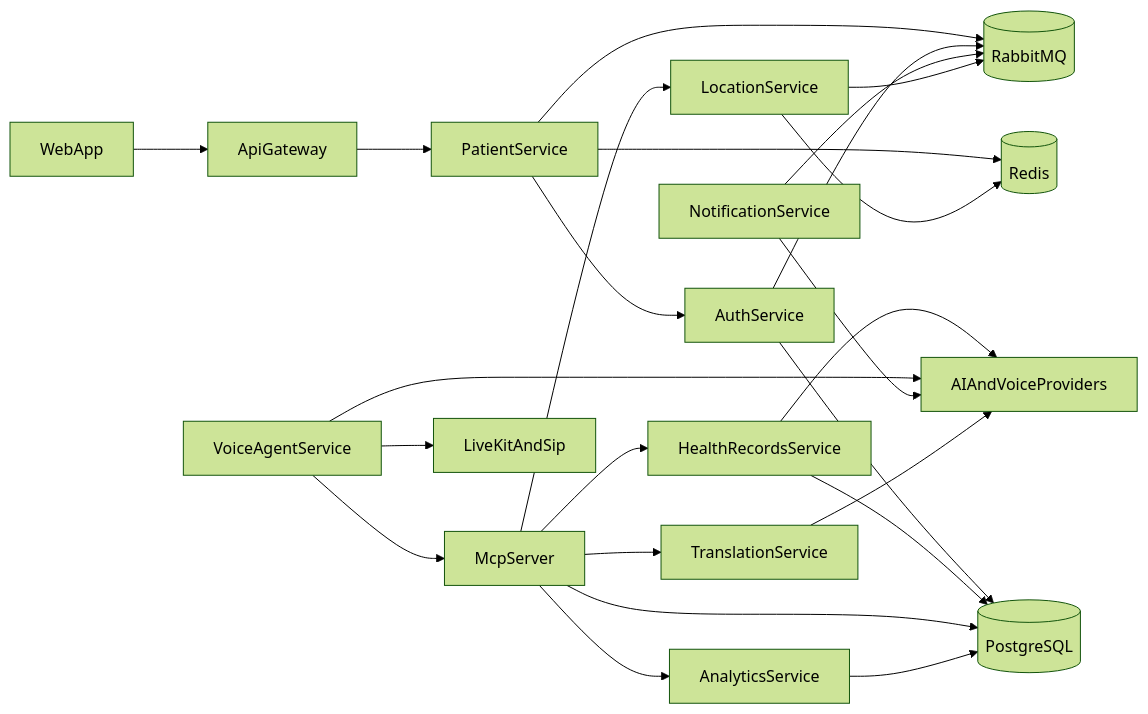
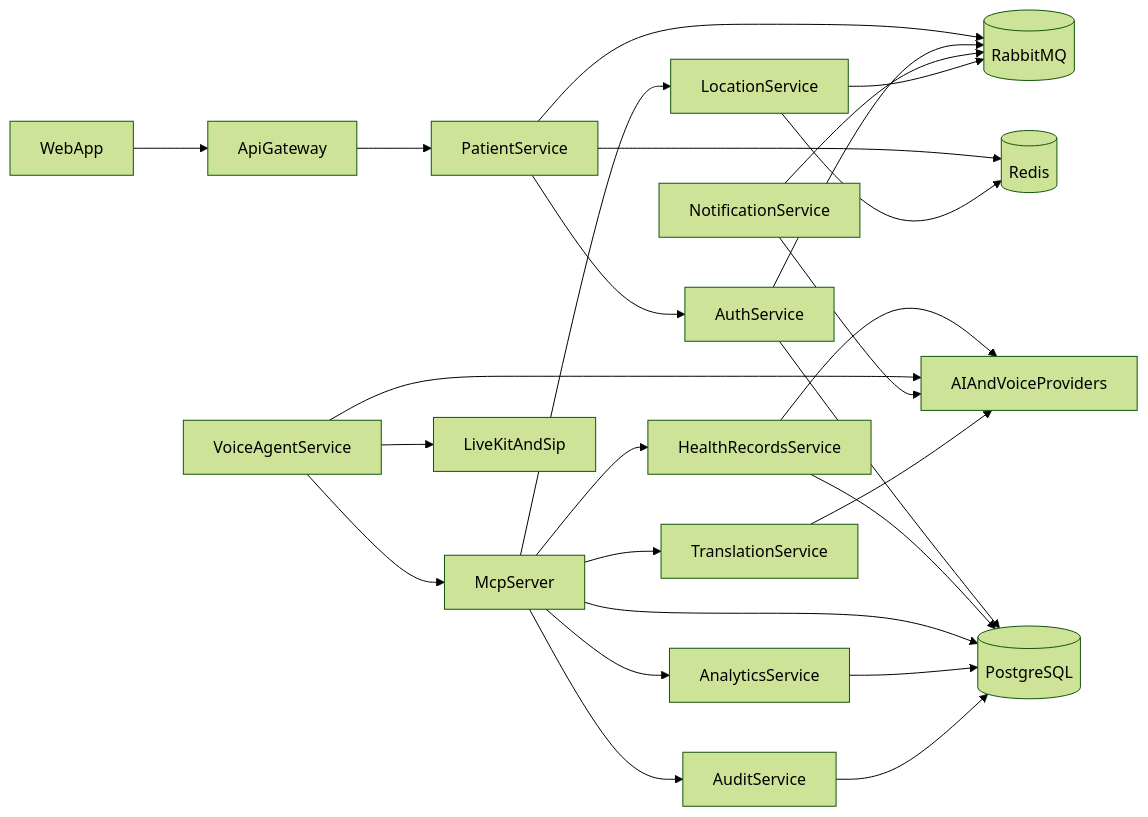
Before and after one commit to KoiralaSam/ZorbaHealth: the first of 2 diagrams in docs/architecture.md, drawn with Mermaid (forest theme). The commit also changed other lines of this file and 21 other files, not shown here.

Commit message:
Document product roadmap and evaluation assets

````diff
--- a/docs/architecture.md
+++ b/docs/architecture.md
@@ -13,43 +13,46 @@
 ```mermaid
 flowchart LR
   Web[WebApp]
   APIGateway[ApiGateway]
   PatientSvc[PatientService]
   AuthSvc[AuthService]
   HealthRecordsSvc[HealthRecordsService]
   MCPSvc[McpServer]
   VoiceAgent[VoiceAgentService]
   NotificationSvc[NotificationService]
   LocationSvc[LocationService]
   TranslationSvc[TranslationService]
   AnalyticsSvc[AnalyticsService]
+  AuditSvc[AuditService]
   Postgres[(PostgreSQL)]
   Redis[(Redis)]
   RabbitMQ[(RabbitMQ)]
   LiveKit[LiveKitAndSip]
   AIProviders[AIAndVoiceProviders]
 
   Web --> APIGateway
   APIGateway --> PatientSvc
   PatientSvc --> AuthSvc
   PatientSvc --> Redis
   PatientSvc --> RabbitMQ
   AuthSvc --> Postgres
   AuthSvc --> RabbitMQ
   HealthRecordsSvc --> Postgres
   HealthRecordsSvc --> AIProviders
   MCPSvc --> HealthRecordsSvc
   MCPSvc --> TranslationSvc
   MCPSvc --> LocationSvc
   MCPSvc --> AnalyticsSvc
+  MCPSvc --> AuditSvc
   MCPSvc --> Postgres
   VoiceAgent --> MCPSvc
   VoiceAgent --> LiveKit
   VoiceAgent --> AIProviders
   NotificationSvc --> RabbitMQ
   NotificationSvc --> AIProviders
   LocationSvc --> Redis
   LocationSvc --> RabbitMQ
   TranslationSvc --> AIProviders
   AnalyticsSvc --> Postgres
+  AuditSvc --> Postgres
 ```
````
